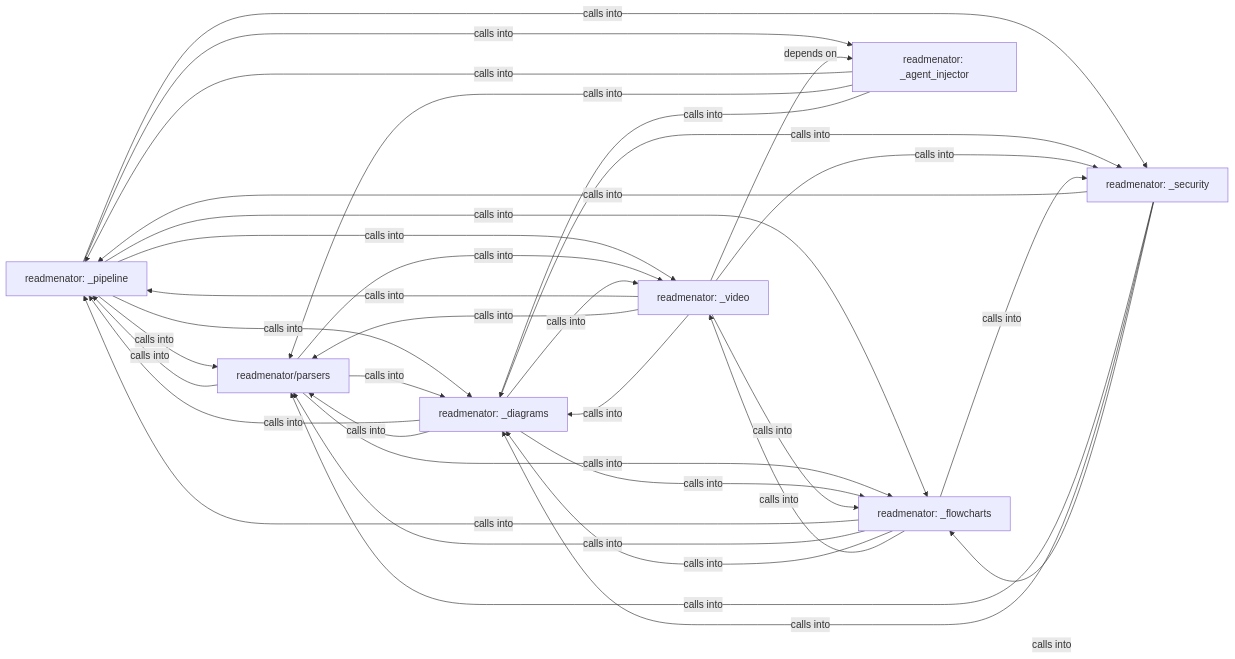
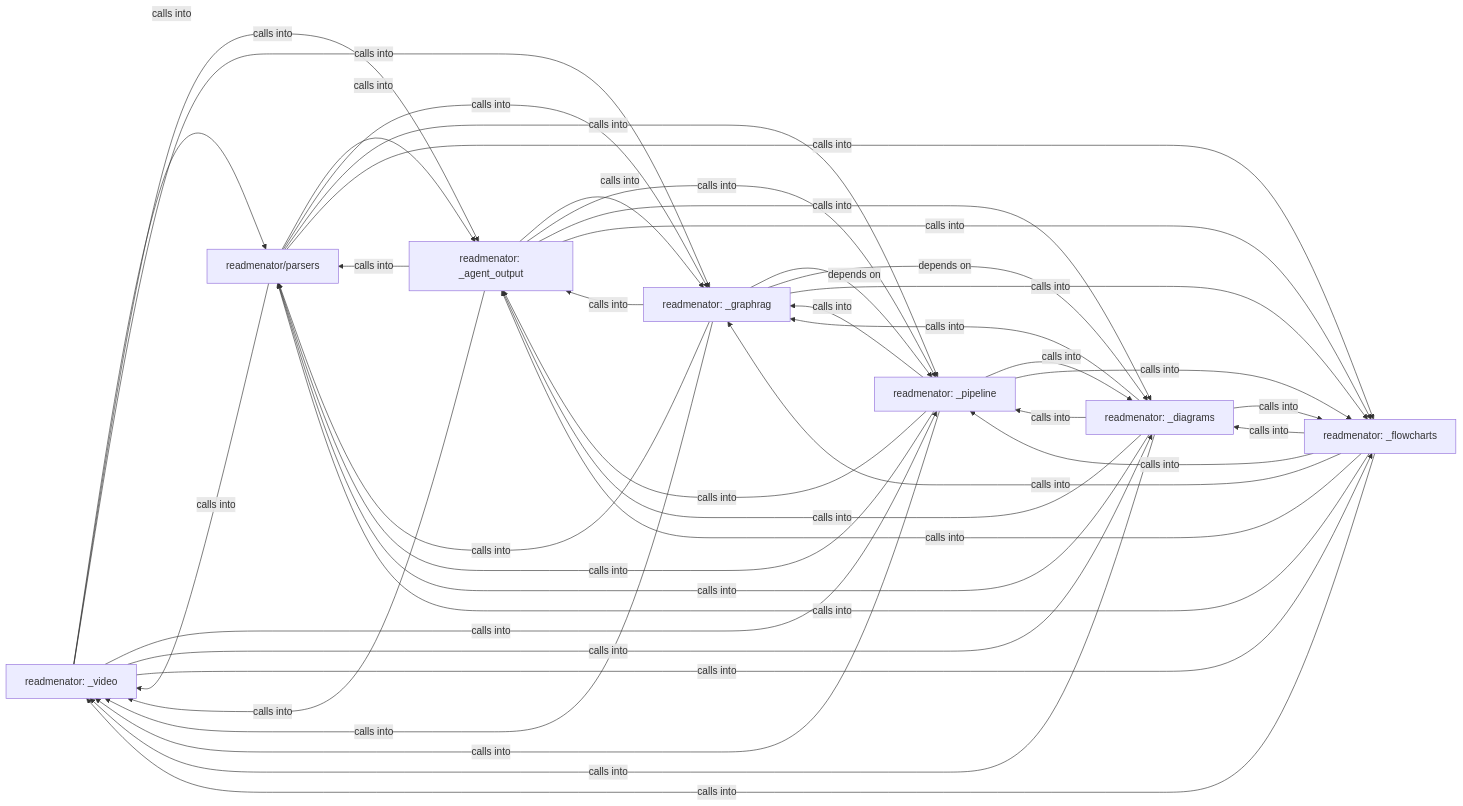
One commit to grisuno/ReadMenator changed the diagram in readmenator-maps/md/readmenator-diagrams/overview.md. Above: the diagram before and after it, drawn with Mermaid. The commit also changed other lines of this file and 334 other files, not shown here.

````diff
--- a/readmenator-maps/md/readmenator-diagrams/overview.md
+++ b/readmenator-maps/md/readmenator-diagrams/overview.md
@@ -1,49 +1,58 @@
 ```mermaid
 graph LR
+    readmenator__video["readmenator: _video"]
+    readmenator_parsers["readmenator/parsers"]
+    readmenator__agent_output["readmenator: _agent_output"]
+    readmenator__graphrag["readmenator: _graphrag"]
     readmenator__pipeline["readmenator: _pipeline"]
-    readmenator_parsers["readmenator/parsers"]
     readmenator__diagrams["readmenator: _diagrams"]
-    readmenator__video["readmenator: _video"]
     readmenator__flowcharts["readmenator: _flowcharts"]
-    readmenator__security["readmenator: _security"]
-    readmenator__agent_injector["readmenator: _agent_injector"]
-    readmenator__pipeline -- "calls into" --> readmenator_parsers
-    readmenator__pipeline -- "calls into" --> readmenator__diagrams
-    readmenator__pipeline -- "calls into" --> readmenator__video
-    readmenator__pipeline -- "calls into" --> readmenator__flowcharts
-    readmenator__pipeline -- "calls into" --> readmenator__security
-    readmenator__pipeline -- "calls into" --> readmenator__agent_injector
-    readmenator_parsers -- "calls into" --> readmenator__pipeline
-    readmenator_parsers -- "calls into" --> readmenator__diagrams
-    readmenator_parsers -- "calls into" --> readmenator__video
-    readmenator_parsers -- "calls into" --> readmenator__flowcharts
-    readmenator__diagrams -- "calls into" --> readmenator__pipeline
-    readmenator__diagrams -- "calls into" --> readmenator_parsers
-    readmenator__diagrams -- "calls into" --> readmenator__video
-    readmenator__diagrams -- "calls into" --> readmenator__flowcharts
-    readmenator__diagrams -- "calls into" --> readmenator__security
+    readmenator__video -- "calls into" --> readmenator_parsers
+    readmenator__video -- "calls into" --> readmenator__agent_output
+    readmenator__video -- "calls into" --> readmenator__graphrag
     readmenator__video -- "calls into" --> readmenator__pipeline
-    readmenator__video -- "calls into" --> readmenator_parsers
     readmenator__video -- "calls into" --> readmenator__diagrams
     readmenator__video -- "calls into" --> readmenator__flowcharts
-    readmenator__video -- "calls into" --> readmenator__security
-    readmenator__video -- "depends on" --> readmenator__agent_injector
+    readmenator_parsers -- "calls into" --> readmenator__video
+    readmenator_parsers -- "calls into" --> readmenator__agent_output
+    readmenator_parsers -- "calls into" --> readmenator__graphrag
+    readmenator_parsers -- "calls into" --> readmenator__pipeline
+    readmenator_parsers -- "calls into" --> readmenator__flowcharts
+    readmenator__agent_output -- "calls into" --> readmenator__video
+    readmenator__agent_output -- "calls into" --> readmenator_parsers
+    readmenator__agent_output -- "calls into" --> readmenator__graphrag
+    readmenator__agent_output -- "calls into" --> readmenator__pipeline
+    readmenator__agent_output -- "calls into" --> readmenator__diagrams
+    readmenator__agent_output -- "calls into" --> readmenator__flowcharts
+    readmenator__graphrag -- "calls into" --> readmenator__video
+    readmenator__graphrag -- "calls into" --> readmenator_parsers
+    readmenator__graphrag -- "calls into" --> readmenator__agent_output
+    readmenator__graphrag -- "depends on" --> readmenator__pipeline
+    readmenator__graphrag -- "depends on" --> readmenator__diagrams
+    readmenator__graphrag -- "calls into" --> readmenator__flowcharts
+    readmenator__pipeline -- "calls into" --> readmenator__video
+    readmenator__pipeline -- "calls into" --> readmenator_parsers
+    readmenator__pipeline -- "calls into" --> readmenator__agent_output
+    readmenator__pipeline -- "calls into" --> readmenator__graphrag
+    readmenator__pipeline -- "calls into" --> readmenator__diagrams
+    readmenator__pipeline -- "calls into" --> readmenator__flowcharts
+    readmenator__diagrams -- "calls into" --> readmenator__video
+    readmenator__diagrams -- "calls into" --> readmenator_parsers
+    readmenator__diagrams -- "calls into" --> readmenator__agent_output
+    readmenator__diagrams -- "calls into" --> readmenator__graphrag
+    readmenator__diagrams -- "calls into" --> readmenator__pipeline
+    readmenator__diagrams -- "calls into" --> readmenator__flowcharts
+    readmenator__flowcharts -- "calls into" --> readmenator__video
+    readmenator__flowcharts -- "calls into" --> readmenator_parsers
+    readmenator__flowcharts -- "calls into" --> readmenator__agent_output
+    readmenator__flowcharts -- "calls into" --> readmenator__graphrag
     readmenator__flowcharts -- "calls into" --> readmenator__pipeline
-    readmenator__flowcharts -- "calls into" --> readmenator_parsers
     readmenator__flowcharts -- "calls into" --> readmenator__diagrams
-    readmenator__flowcharts -- "calls into" --> readmenator__video
-    readmenator__flowcharts -- "calls into" --> readmenator__security
-    readmenator__security -- "calls into" --> readmenator__pipeline
-    readmenator__security -- "calls into" --> readmenator_parsers
-    readmenator__security -- "calls into" --> readmenator__diagrams
-    readmenator__security -- "calls into" --> readmenator__flowcharts
-    readmenator__agent_injector -- "calls into" --> readmenator__pipeline
-    readmenator__agent_injector -- "calls into" --> readmenator_parsers
-    readmenator__agent_injector -- "calls into" --> readmenator__diagrams
+    click readmenator__video href "./readmenator__video.md" "Details"
+    click readmenator_parsers href "./readmenator_parsers.md" "Details"
+    click readmenator__agent_output href "./readmenator__agent_output.md" "Details"
+    click readmenator__graphrag href "./readmenator__graphrag.md" "Details"
     click readmenator__pipeline href "./readmenator__pipeline.md" "Details"
-    click readmenator_parsers href "./readmenator_parsers.md" "Details"
     click readmenator__diagrams href "./readmenator__diagrams.md" "Details"
-    click readmenator__video href "./readmenator__video.md" "Details"
     click readmenator__flowcharts href "./readmenator__flowcharts.md" "Details"
-    click readmenator__security href "./readmenator__security.md" "Details"
 ```
````
